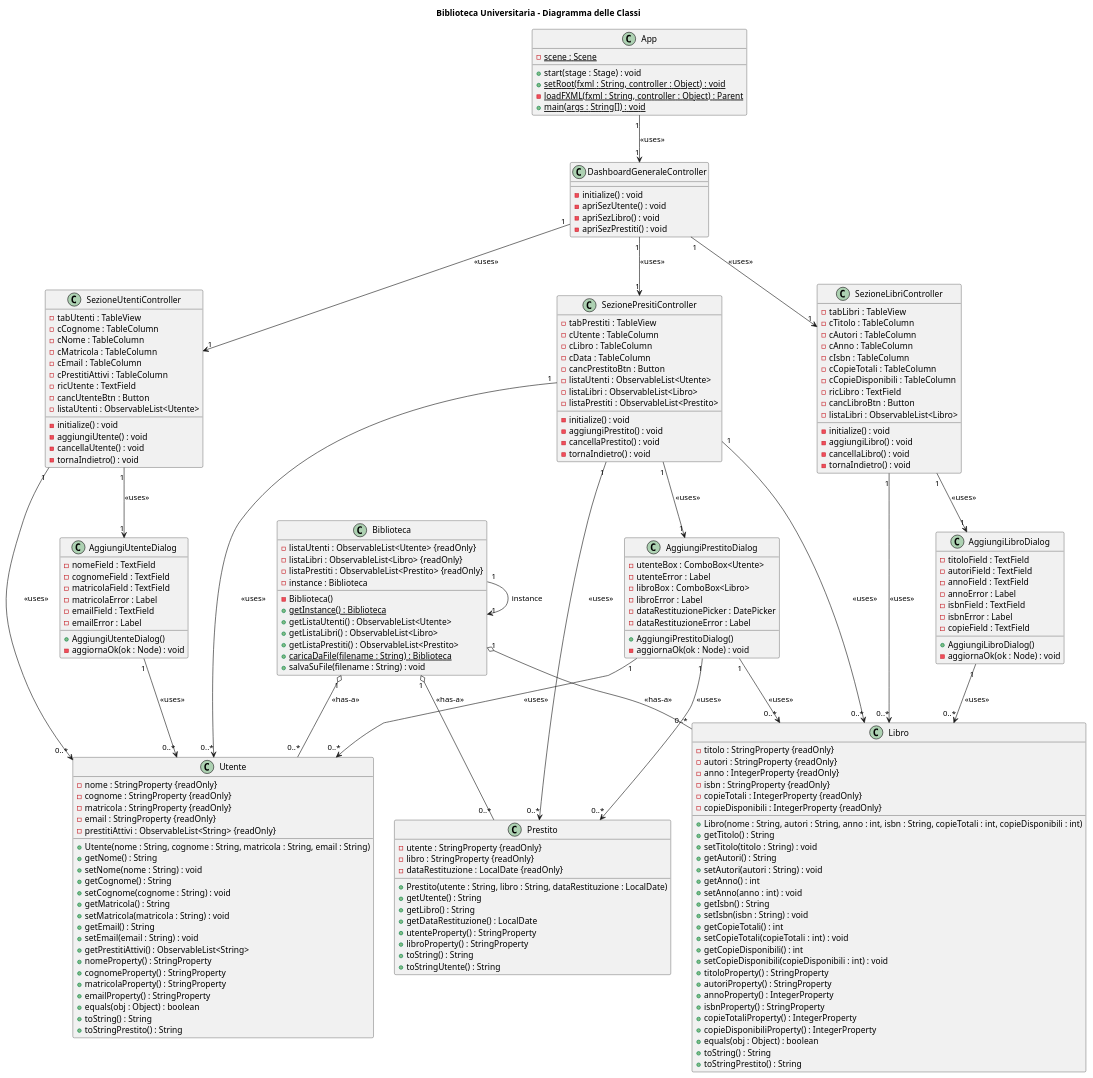
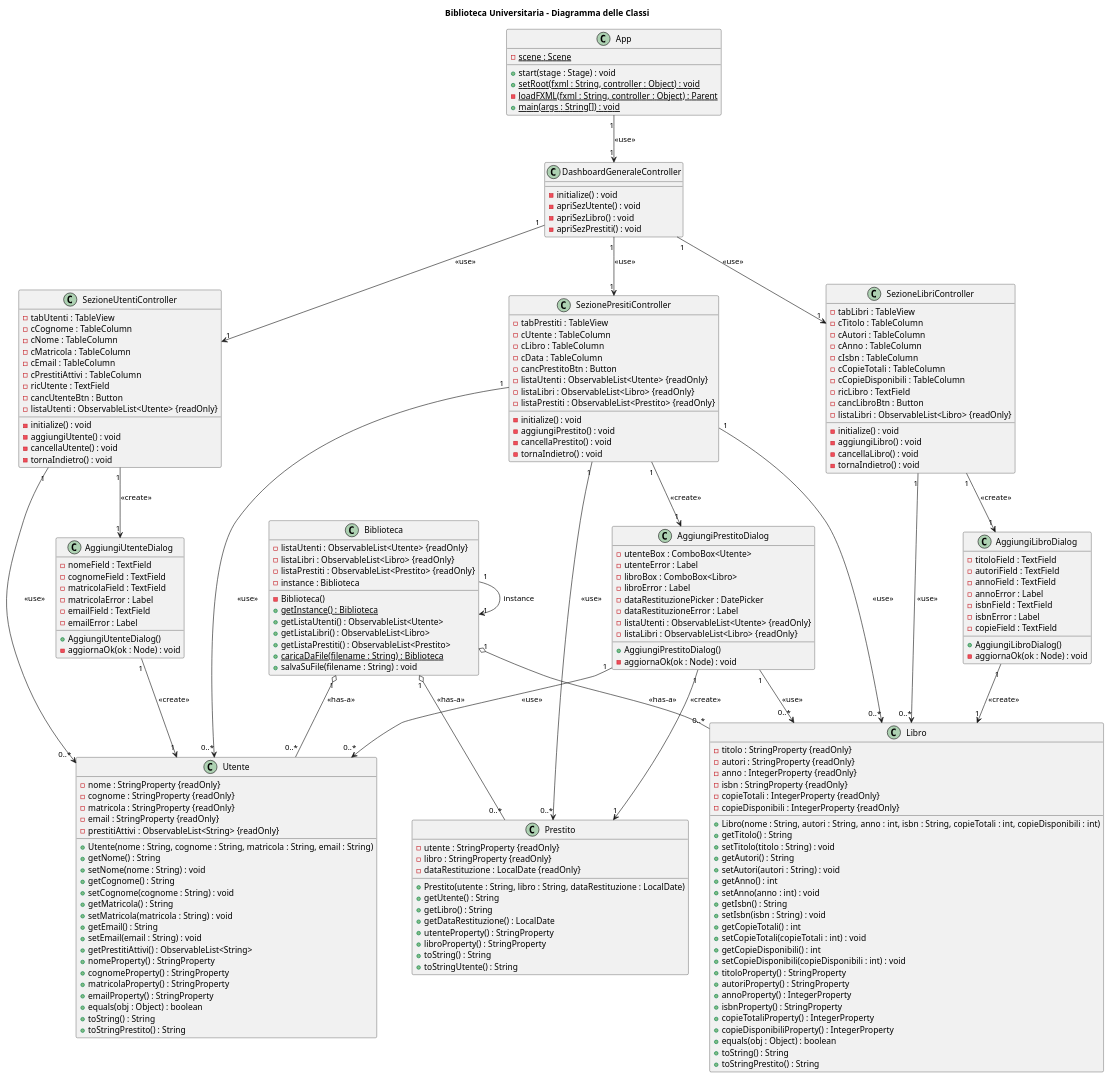
The diagram in Diagramma delle Classi/PlantUML/Diagramma delle Classi.puml (AngeloMastandrea04/SoftEng2025_G19), drawn with PlantUML before and after one commit. The commit also changed 5 other files, not shown here.

First line of the commit message:
Modifica relazioni su ClassDiagram e aggiunto modificatore "final" agli attributi liste

```diff
--- a/Diagramma delle Classi/PlantUML/Diagramma delle Classi.puml
+++ b/Diagramma delle Classi/PlantUML/Diagramma delle Classi.puml
@@ -112,7 +112,7 @@
     - cCopieDisponibili : TableColumn
     - ricLibro : TextField
     - cancLibroBtn : Button
-    - listaLibri : ObservableList<Libro>
+    - listaLibri : ObservableList<Libro> {readOnly}
     - initialize() : void
     - aggiungiLibro() : void
     - cancellaLibro() : void
@@ -128,7 +128,7 @@
     - cPrestitiAttivi : TableColumn
     - ricUtente : TextField
     - cancUtenteBtn : Button
-    - listaUtenti : ObservableList<Utente>
+    - listaUtenti : ObservableList<Utente> {readOnly}
     - initialize() : void
     - aggiungiUtente() : void
     - cancellaUtente() : void
@@ -141,9 +141,9 @@
     - cLibro : TableColumn
     - cData : TableColumn
     - cancPrestitoBtn : Button
-    - listaUtenti : ObservableList<Utente>
-    - listaLibri : ObservableList<Libro>
-    - listaPrestiti : ObservableList<Prestito>
+    - listaUtenti : ObservableList<Utente> {readOnly}
+    - listaLibri : ObservableList<Libro> {readOnly}
+    - listaPrestiti : ObservableList<Prestito> {readOnly}
     - initialize() : void
     - aggiungiPrestito() : void
     - cancellaPrestito() : void
@@ -180,6 +180,8 @@
     - libroError : Label
     - dataRestituzionePicker : DatePicker
     - dataRestituzioneError : Label
+    - listaUtenti : ObservableList<Utente> {readOnly}
+    - listaLibri : ObservableList<Libro> {readOnly}
     + AggiungiPrestitoDialog()
     - aggiornaOk(ok : Node) : void
 }
@@ -187,11 +189,11 @@
 
 
 ' Start dell'Applicazione e Dashboard Generale
-App "1" --> "1" DashboardGeneraleController : <<uses>>
+App "1" --> "1" DashboardGeneraleController : <<use>>
 
-DashboardGeneraleController "1" --> "1" SezioneUtentiController : <<uses>>
-DashboardGeneraleController "1" --> "1" SezioneLibriController : <<uses>>
-DashboardGeneraleController "1" --> "1" SezionePresitiController : <<uses>>
+DashboardGeneraleController "1" --> "1" SezioneUtentiController : <<use>>
+DashboardGeneraleController "1" --> "1" SezioneLibriController : <<use>>
+DashboardGeneraleController "1" --> "1" SezionePresitiController : <<use>>
 
 
 ' Biblioteca
@@ -204,26 +206,26 @@
 
 
 ' Controller
-SezioneUtentiController "1" --> "0..*" Utente : <<uses>>
-SezioneLibriController "1" --> "0..*" Libro : <<uses>>
+SezioneUtentiController "1" --> "0..*" Utente : <<use>>
+SezioneLibriController "1" --> "0..*" Libro : <<use>>
 
-SezionePresitiController "1" --> "0..*" Prestito : <<uses>>
-SezionePresitiController "1" --> "0..*" Utente : <<uses>>
-SezionePresitiController "1" --> "0..*" Libro : <<uses>>
+SezionePresitiController "1" --> "0..*" Prestito : <<use>>
+SezionePresitiController "1" --> "0..*" Utente : <<use>>
+SezionePresitiController "1" --> "0..*" Libro : <<use>>
 
 ' Relazione tra Controller e Finestre di Dialogo
-SezioneUtentiController "1" --> "1" AggiungiUtenteDialog : <<uses>>
-SezioneLibriController "1" --> "1" AggiungiLibroDialog : <<uses>>
-SezionePresitiController "1" --> "1" AggiungiPrestitoDialog : <<uses>>
+SezioneUtentiController "1" --> "1" AggiungiUtenteDialog : <<create>>
+SezioneLibriController "1" --> "1" AggiungiLibroDialog : <<create>>
+SezionePresitiController "1" --> "1" AggiungiPrestitoDialog : <<create>>
 
 
 ' Finestre di Dialogo
-AggiungiUtenteDialog "1" --> "0..*" Utente : <<uses>>
-AggiungiLibroDialog "1" --> "0..*" Libro : <<uses>>
+AggiungiUtenteDialog "1" --> "1" Utente : <<create>>
+AggiungiLibroDialog "1" --> "1" Libro : <<create>>
 
-AggiungiPrestitoDialog "1" --> "0..*" Prestito : <<uses>>
-AggiungiPrestitoDialog "1" --> "0..*" Utente : <<uses>>
-AggiungiPrestitoDialog "1" --> "0..*" Libro : <<uses>>
+AggiungiPrestitoDialog "1" --> "1" Prestito : <<create>>
+AggiungiPrestitoDialog "1" --> "0..*" Utente : <<use>>
+AggiungiPrestitoDialog "1" --> "0..*" Libro : <<use>>
 
 
 @enduml
```
